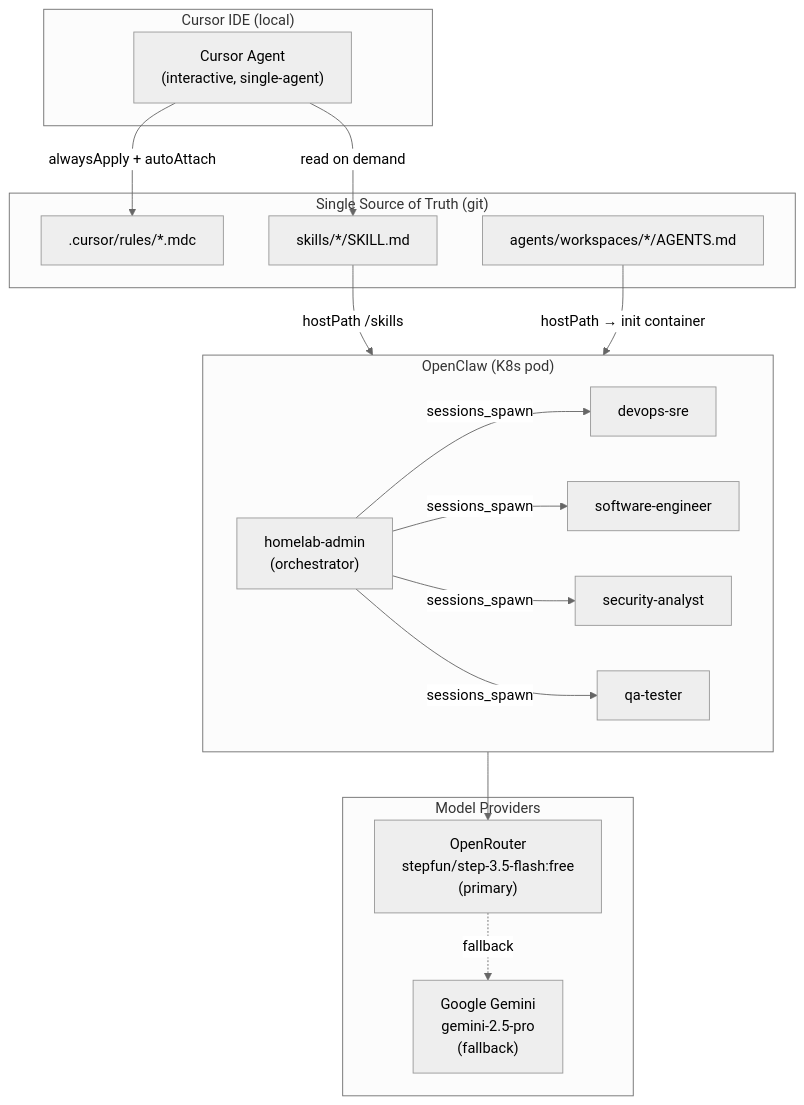
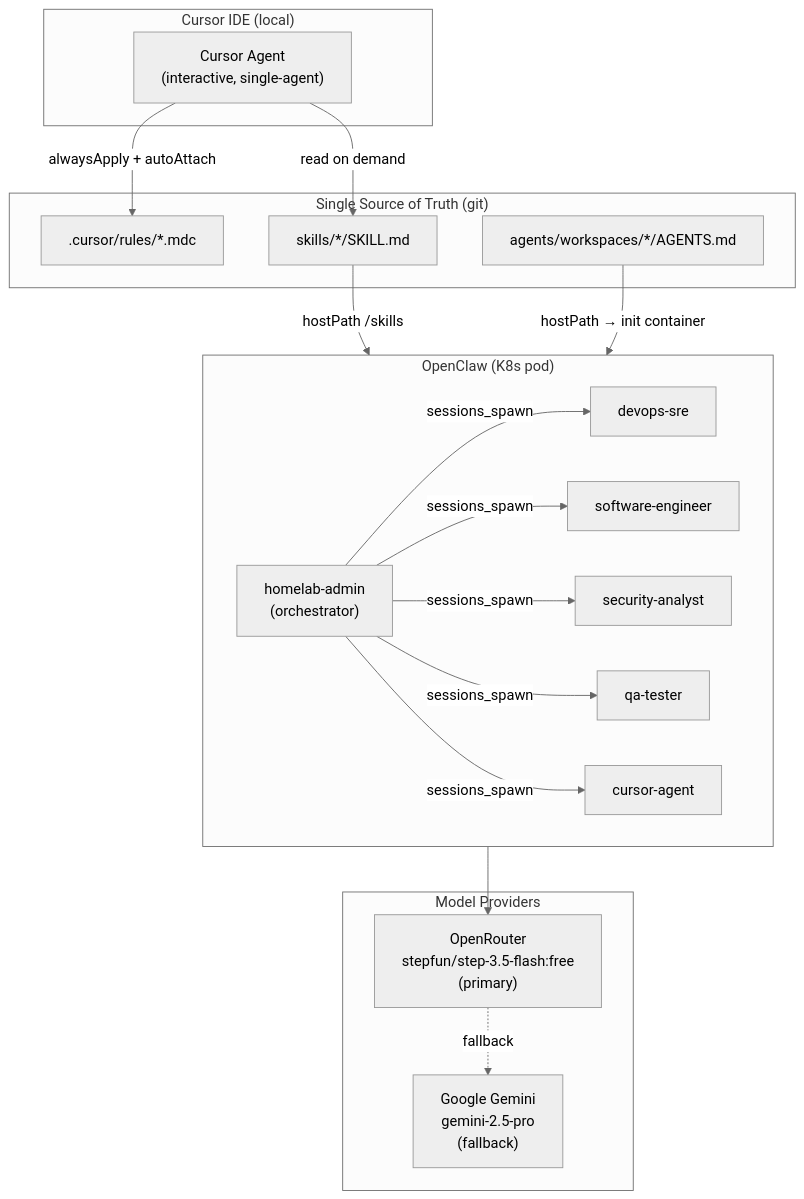
Before and after one commit to haingth77/homelab: the first of 2 diagrams in docs/operations/ai-agents.md, drawn with Mermaid (neutral theme). The commit also changed other lines of this file and 9 other files, not shown here.

First line of the commit message:
feat: add cursor-agent OpenClaw subagent for Cursor CLI bridge (#100)

````diff
--- a/docs/operations/ai-agents.md
+++ b/docs/operations/ai-agents.md
@@ -11,37 +11,39 @@
 ```mermaid
 flowchart TD
     subgraph source ["Single Source of Truth (git)"]
         CursorRules[".cursor/rules/*.mdc"]
         Skills["skills/*/SKILL.md"]
         AgentsMD["agents/workspaces/*/AGENTS.md"]
     end
 
     subgraph cursor ["Cursor IDE (local)"]
         CursorAgent["Cursor Agent\n(interactive, single-agent)"]
         CursorAgent -->|"alwaysApply + autoAttach"| CursorRules
         CursorAgent -->|"read on demand"| Skills
     end
 
     subgraph openclaw ["OpenClaw (K8s pod)"]
         HA["homelab-admin\n(orchestrator)"]
         DS["devops-sre"]
         SE["software-engineer"]
         SA["security-analyst"]
         QA["qa-tester"]
+        CA["cursor-agent"]
         HA -->|"sessions_spawn"| DS
         HA -->|"sessions_spawn"| SE
         HA -->|"sessions_spawn"| SA
         HA -->|"sessions_spawn"| QA
+        HA -->|"sessions_spawn"| CA
     end
 
     subgraph models ["Model Providers"]
         OpenRouterM["OpenRouter\nstepfun/step-3.5-flash:free\n(primary)"]
         GeminiM["Google Gemini\ngemini-2.5-pro\n(fallback)"]
     end
 
     openclaw --> OpenRouterM
     OpenRouterM -.->|"fallback"| GeminiM
 
     Skills -->|"hostPath /skills"| openclaw
     AgentsMD -->|"hostPath → init container"| openclaw
 ```
````
